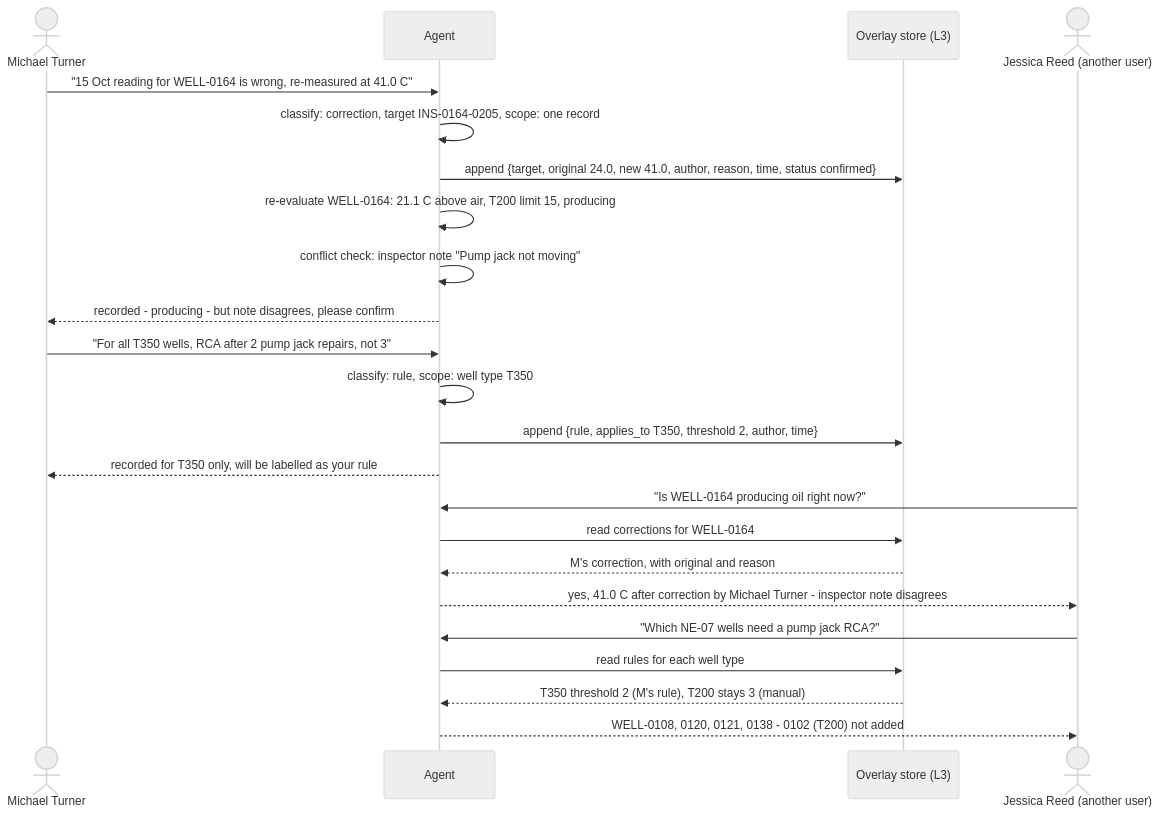
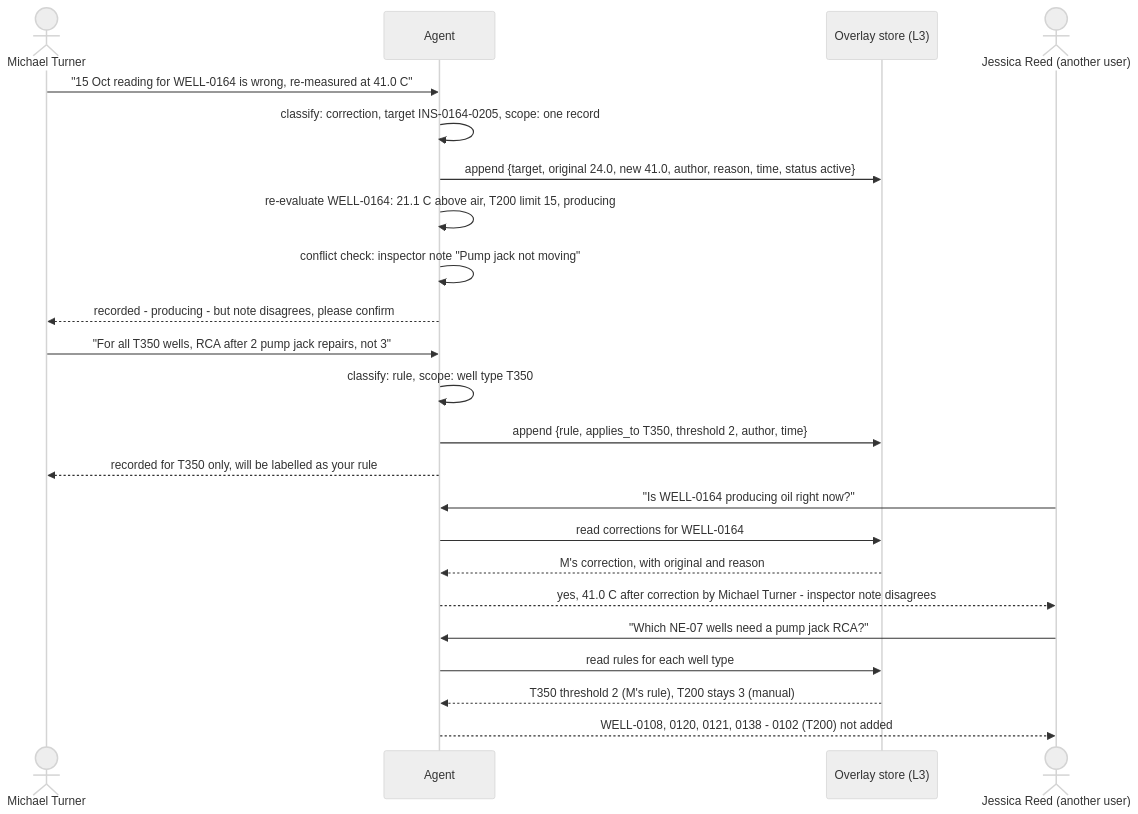
One commit to itsanjan/wellspring-asset-copilot changed the fourth of 8 diagrams in docs/DIAGRAMS.md. Above: the diagram before and after it, drawn with Mermaid (neutral theme). The commit also changed other lines of this file and 4 other files, not shown here.

````diff
--- a/docs/DIAGRAMS.md
+++ b/docs/DIAGRAMS.md
@@ -145,29 +145,29 @@
 ```mermaid
 sequenceDiagram
     actor M as Michael Turner
     participant A as Agent
     participant O as Overlay store (L3)
     actor J as Jessica Reed (another user)
 
     M->>A: "15 Oct reading for WELL-0164 is wrong, re-measured at 41.0 C"
     A->>A: classify: correction, target INS-0164-0205, scope: one record
-    A->>O: append {target, original 24.0, new 41.0, author, reason, time, status confirmed}
+    A->>O: append {target, original 24.0, new 41.0, author, reason, time, status active}
     A->>A: re-evaluate WELL-0164: 21.1 C above air, T200 limit 15, producing
     A->>A: conflict check: inspector note "Pump jack not moving"
     A-->>M: recorded - producing - but note disagrees, please confirm
 
     M->>A: "For all T350 wells, RCA after 2 pump jack repairs, not 3"
     A->>A: classify: rule, scope: well type T350
     A->>O: append {rule, applies_to T350, threshold 2, author, time}
     A-->>M: recorded for T350 only, will be labelled as your rule
 
     J->>A: "Is WELL-0164 producing oil right now?"
     A->>O: read corrections for WELL-0164
     O-->>A: M's correction, with original and reason
     A-->>J: yes, 41.0 C after correction by Michael Turner - inspector note disagrees
 
     J->>A: "Which NE-07 wells need a pump jack RCA?"
     A->>O: read rules for each well type
     O-->>A: T350 threshold 2 (M's rule), T200 stays 3 (manual)
     A-->>J: WELL-0108, 0120, 0121, 0138 - 0102 (T200) not added
 ```
````
